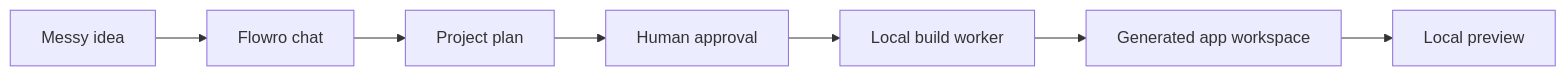
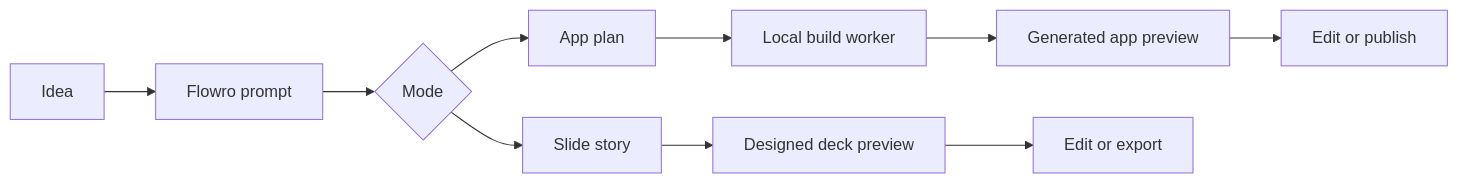
One commit to KhalidD0nc/Flowro-PM changed the diagram in README.md. Above: the diagram before and after it, drawn with Mermaid. The commit also changed other lines of this file and 3 other files, not shown here.

````diff
--- a/README.md
+++ b/README.md
@@ -58,9 +74,12 @@
 ```mermaid
 flowchart LR
-    A[Messy idea] --> B[Flowro chat]
-    B --> C[Project plan]
-    C --> D[Human approval]
-    D --> E[Local build worker]
-    E --> F[Generated app workspace]
-    F --> G[Local preview]
+    A[Idea] --> B[Flowro prompt]
+    B --> C{Mode}
+    C --> D[App plan]
+    C --> E[Slide story]
+    D --> F[Local build worker]
+    F --> G[Generated app preview]
+    E --> H[Designed deck preview]
+    G --> I[Edit or publish]
+    H --> J[Edit or export]
 ```
````
